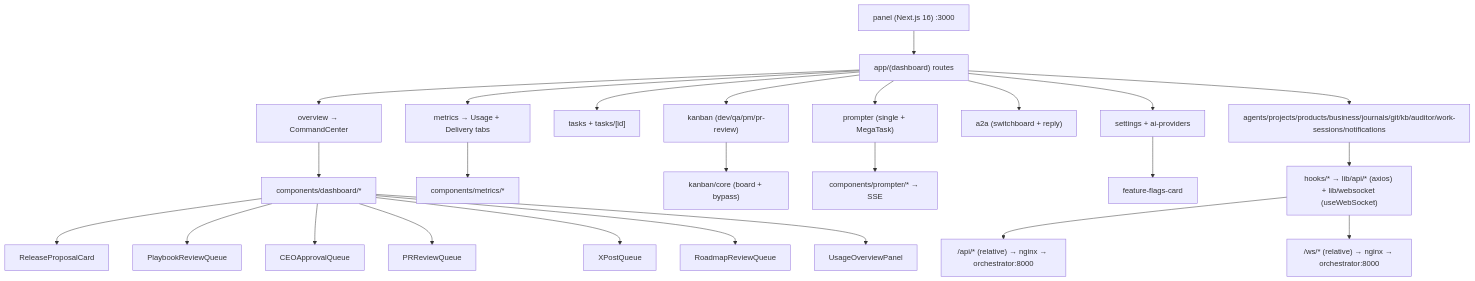
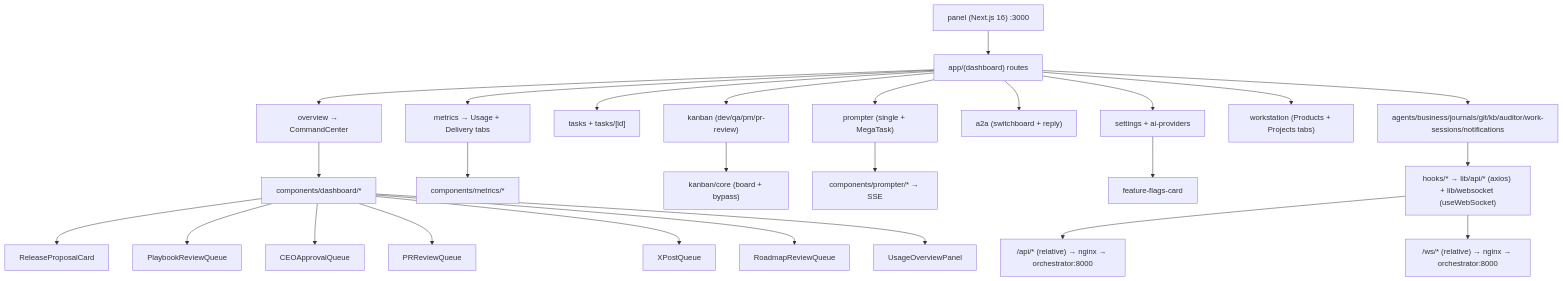
One commit to rennf93/roboco changed the diagram in docs/map/panel.md. Above: the diagram before and after it, drawn with Mermaid. The commit also changed other lines of this file and 1 other file, not shown here.

Commit message:
docs(map): workstation page, extracted views, and the local-filter scroll trade-off

````diff
--- a/docs/map/panel.md
+++ b/docs/map/panel.md
@@ -101,28 +103,29 @@
 ```mermaid
 graph TD
   Panel["panel (Next.js 16) :3000"]
   Panel --> Routes["app/(dashboard) routes"]
   Routes --> Overview["overview → CommandCenter"]
   Routes --> Metrics["metrics → Usage + Delivery tabs"]
   Routes --> Tasks["tasks + tasks/[id]"]
   Routes --> Kanban["kanban (dev/qa/pm/pr-review)"]
   Routes --> Prompter["prompter (single + MegaTask)"]
   Routes --> A2ALive["a2a (switchboard + reply)"]
   Routes --> Settings["settings + ai-providers"]
-  Routes --> Domain["agents/projects/products/business/journals/git/kb/auditor/work-sessions/notifications"]
+  Routes --> Workstation["workstation (Products + Projects tabs)"]
+  Routes --> Domain["agents/business/journals/git/kb/auditor/work-sessions/notifications"]
   Overview --> Dash["components/dashboard/*"]
   Dash --> Release["ReleaseProposalCard"]
   Dash --> Playbook["PlaybookReviewQueue"]
   Dash --> Ceo["CEOApprovalQueue"]
   Dash --> Pr["PRReviewQueue"]
   Dash --> XQ["XPostQueue"]
   Dash --> Rd["RoadmapReviewQueue"]
   Dash --> Usage["UsageOverviewPanel"]
   Metrics --> MComp["components/metrics/*"]
   Kanban --> KCore["kanban/core (board + bypass)"]
   Prompter --> PComp["components/prompter/* → SSE"]
   Settings --> FF["feature-flags-card"]
   Domain --> Hooks["hooks/* → lib/api/* (axios) + lib/websocket (useWebSocket)"]
   Hooks --> API["/api/* (relative) → nginx → orchestrator:8000"]
   Hooks --> WS["/ws/* (relative) → nginx → orchestrator:8000"]
 ```
````
